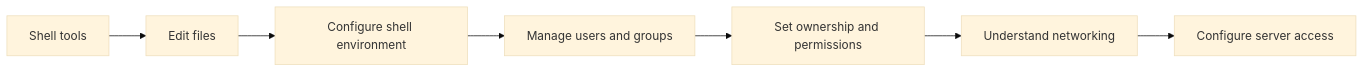
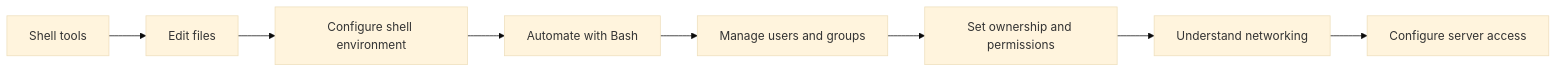
Before and after one commit to RyanM-Dev/My-Summery: the diagram in DevOps/NaNa/Linux/0. Linux Learning Path.md, drawn with Mermaid (base theme). The commit also changed other lines of this file and 30 other files, not shown here.

````diff
--- a/DevOps/NaNa/Linux/0. Linux Learning Path.md
+++ b/DevOps/NaNa/Linux/0. Linux Learning Path.md
@@ -26,9 +27,10 @@
 ```mermaid
 flowchart LR
     A[Shell tools] --> B[Edit files]
     B --> C[Configure shell environment]
-    C --> D[Manage users and groups]
+    C --> S[Automate with Bash]
+    S --> D[Manage users and groups]
     D --> E[Set ownership and permissions]
     E --> F[Understand networking]
     F --> G[Configure server access]
 ```
````
